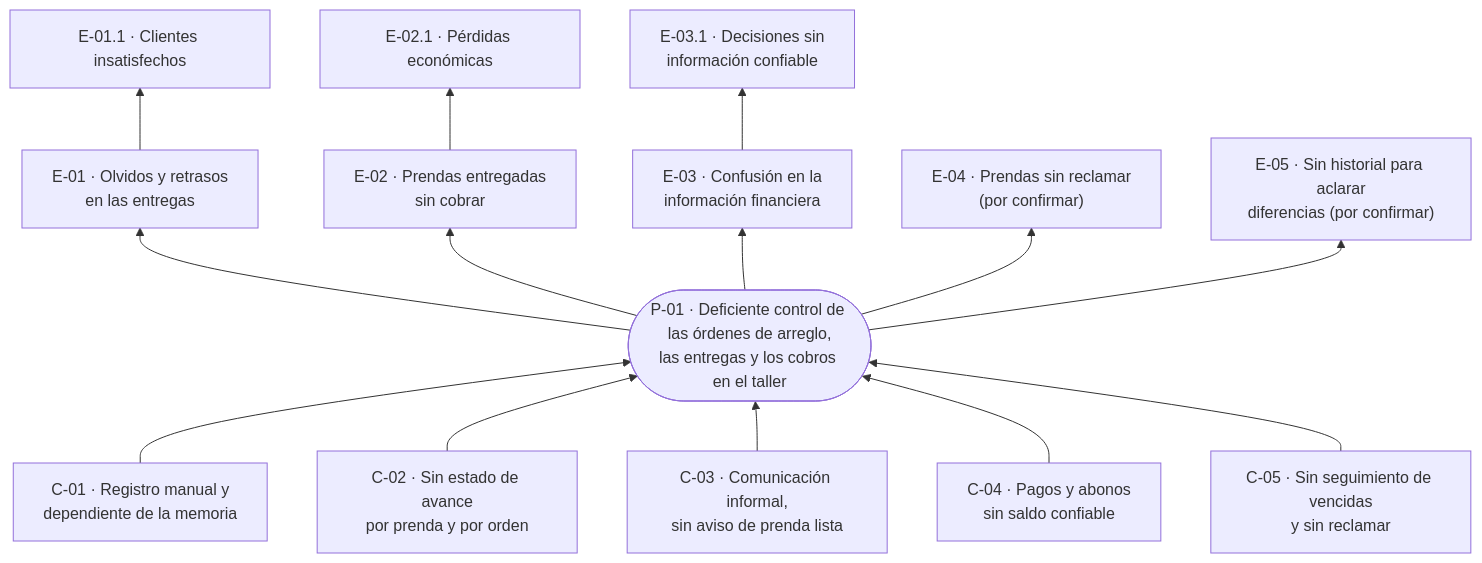
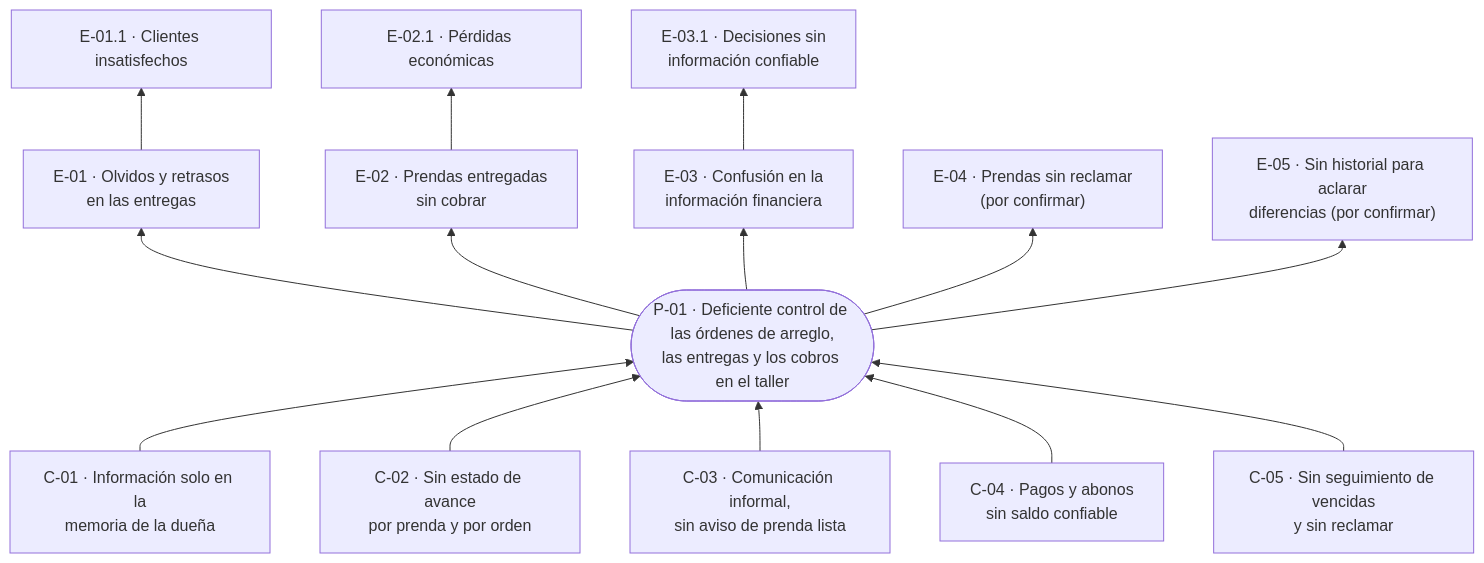
One commit to Aryannext/El-taller-ines changed the diagram in docs/01-problema/arbol-de-problemas.md. Above: the diagram before and after it, drawn with Mermaid. The commit also changed other lines of this file and 2 other files, not shown here.

````diff
--- a/docs/01-problema/arbol-de-problemas.md
+++ b/docs/01-problema/arbol-de-problemas.md
@@ -47,36 +47,36 @@
 ```mermaid
 flowchart BT
-    C01["C-01 · Registro manual y<br/>dependiente de la memoria"]
+    C01["C-01 · Información solo en la<br/>memoria de la dueña"]
     C02["C-02 · Sin estado de avance<br/>por prenda y por orden"]
     C03["C-03 · Comunicación informal,<br/>sin aviso de prenda lista"]
     C04["C-04 · Pagos y abonos<br/>sin saldo confiable"]
     C05["C-05 · Sin seguimiento de vencidas<br/>y sin reclamar"]
 
     P01(["P-01 · Deficiente control de las órdenes de arreglo,<br/>las entregas y los cobros en el taller"])
 
     E01["E-01 · Olvidos y retrasos<br/>en las entregas"]
     E02["E-02 · Prendas entregadas<br/>sin cobrar"]
     E03["E-03 · Confusión en la<br/>información financiera"]
     E04["E-04 · Prendas sin reclamar<br/>(por confirmar)"]
     E05["E-05 · Sin historial para aclarar<br/>diferencias (por confirmar)"]
 
     E011["E-01.1 · Clientes insatisfechos"]
     E021["E-02.1 · Pérdidas económicas"]
     E031["E-03.1 · Decisiones sin<br/>información confiable"]
 
     C01 --> P01
     C02 --> P01
     C03 --> P01
     C04 --> P01
     C05 --> P01
 
     P01 --> E01
     P01 --> E02
     P01 --> E03
     P01 --> E04
     P01 --> E05
 
     E01 --> E011
     E02 --> E021
     E03 --> E031
 ```
````
